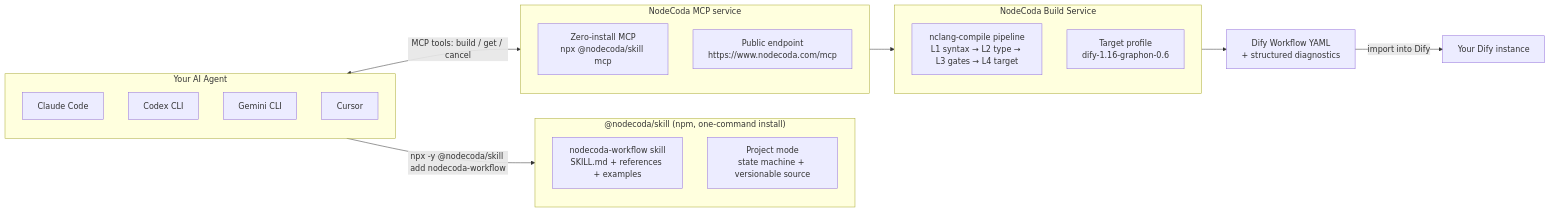
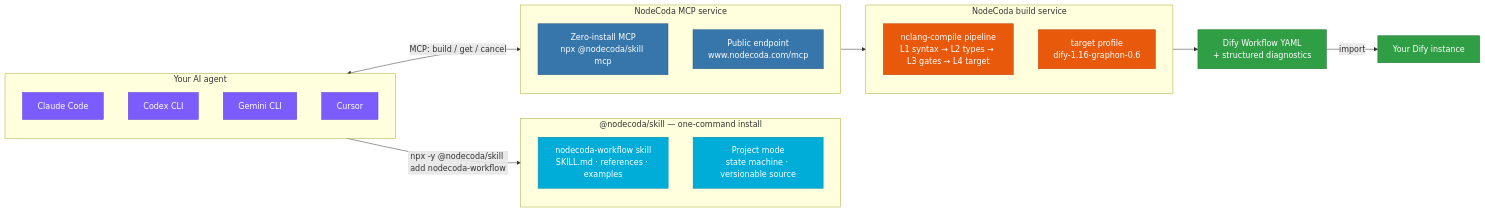
The diagram in README.md (nodecoda/nodecoda-skill), drawn with Mermaid before and after one commit. The commit also changed other lines of this file and 3 other files, not shown here.

````diff
--- a/README.md
+++ b/README.md
@@ -36,32 +48,45 @@
 ```mermaid
 flowchart LR
-    subgraph Agents["Your AI Agent"]
+    classDef agent fill:#7c5cff,stroke:#5b3fd6,color:#fff
+    classDef skill fill:#00ADD8,stroke:#0088a8,color:#fff
+    classDef mcp fill:#3776AB,stroke:#2a5c86,color:#fff
+    classDef core fill:#e8590c,stroke:#c04408,color:#fff
+    classDef out fill:#2f9e44,stroke:#237032,color:#fff
+
+    subgraph Agents["Your AI agent"]
         A1["Claude Code"]
         A2["Codex CLI"]
         A3["Gemini CLI"]
         A4["Cursor"]
     end
 
-    subgraph Skill["@nodecoda/skill (npm, one-command install)"]
-        SK["nodecoda-workflow skill<br/>SKILL.md + references + examples"]
-        CL["Project mode<br/>state machine + versionable source"]
+    subgraph Skill["@nodecoda/skill — one-command install"]
+        SK["nodecoda-workflow skill<br/>SKILL.md · references · examples"]
+        CL["Project mode<br/>state machine · versionable source"]
     end
 
     subgraph MCP["NodeCoda MCP service"]
         M1["Zero-install MCP<br/>npx @nodecoda/skill mcp"]
-        M2["Public endpoint<br/>https://www.nodecoda.com/mcp"]
+        M2["Public endpoint<br/>www.nodecoda.com/mcp"]
     end
 
-    subgraph Core["NodeCoda Build Service"]
-        C1["nclang-compile pipeline<br/>L1 syntax → L2 type → L3 gates → L4 target"]
-        C2["Target profile<br/>dify-1.16-graphon-0.6"]
+    subgraph Core["NodeCoda build service"]
+        C1["nclang-compile pipeline<br/>L1 syntax → L2 types → L3 gates → L4 target"]
+        C2["target profile<br/>dify-1.16-graphon-0.6"]
     end
 
     OUT["Dify Workflow YAML<br/>+ structured diagnostics"]
+    DIFY["Your Dify instance"]
 
     Agents -->|"npx -y @nodecoda/skill add nodecoda-workflow"| Skill
-    Agents <-->|"MCP tools: build / get / cancel"| MCP
+    Agents <-->|"MCP: build / get / cancel"| MCP
     MCP --> Core
     Core --> OUT
-    OUT -->|"import into Dify"| DIFY["Your Dify instance"]
+    OUT -->|"import"| DIFY
+
+    class A1,A2,A3,A4 agent
+    class SK,CL skill
+    class M1,M2 mcp
+    class C1,C2 core
+    class OUT,DIFY out
 ```
````
